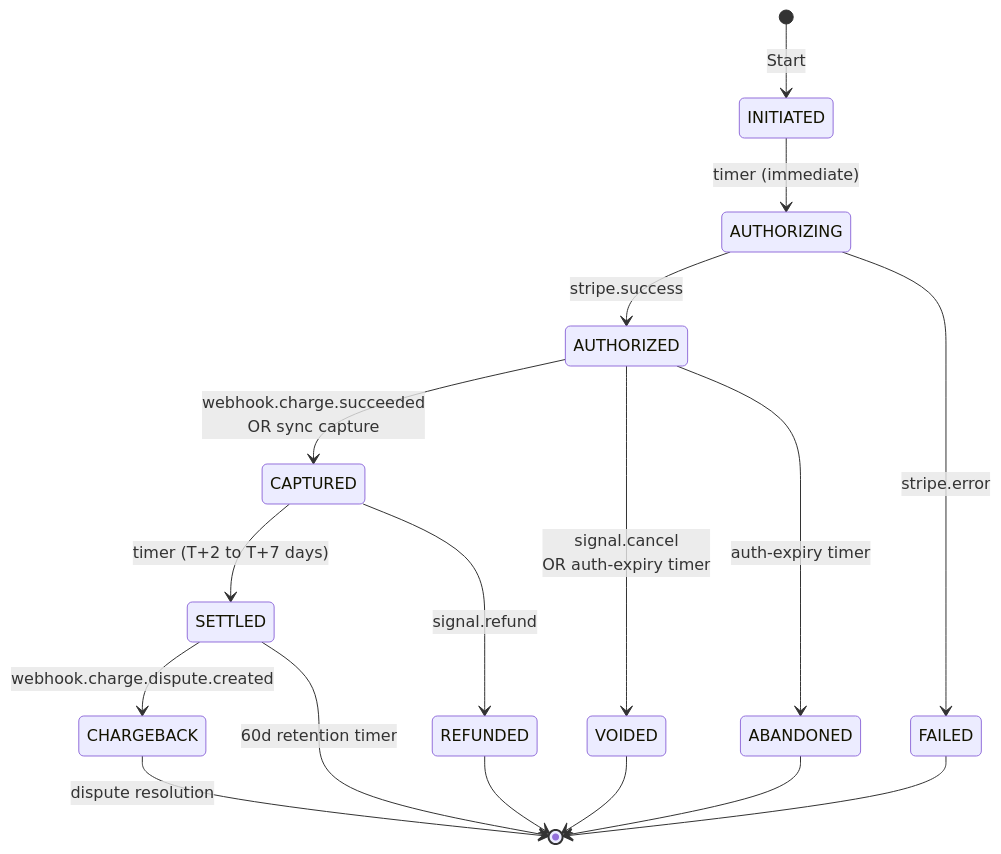
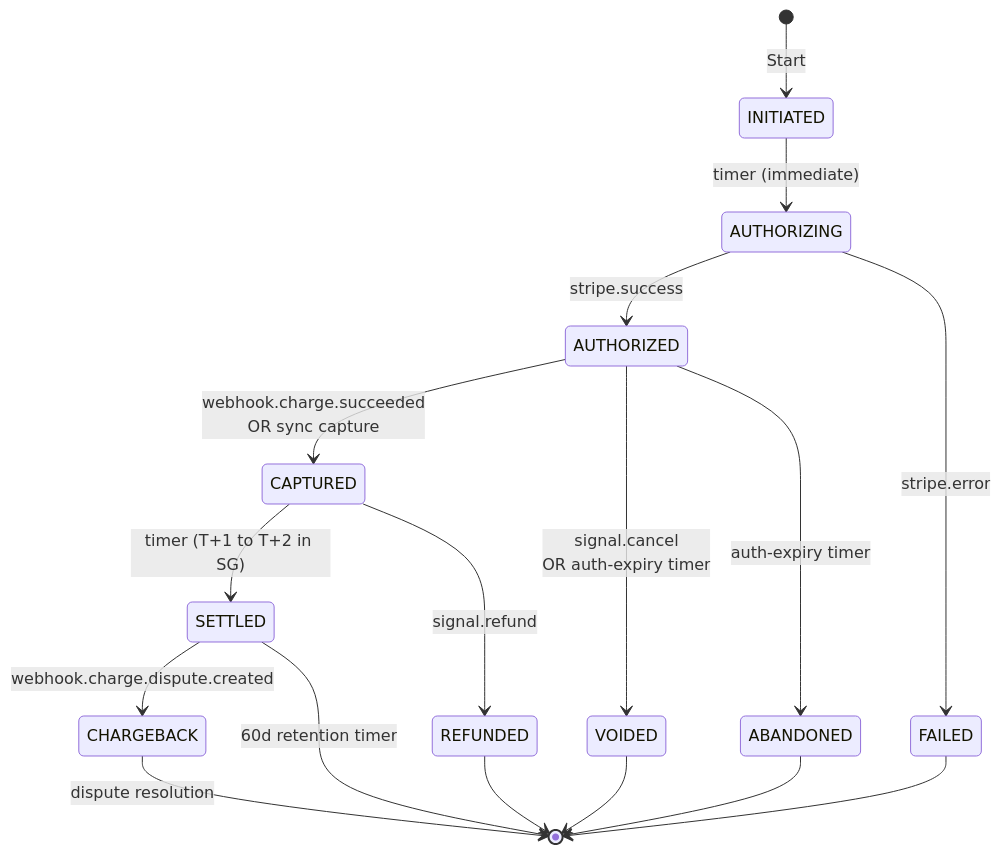
Before and after one commit to phuongdpham/fintech-backend: the first of 3 diagrams in apps/gateway-svc/docs/charter.md, drawn with Mermaid. The commit also changed other lines of this file, not shown here.

````diff
--- a/apps/gateway-svc/docs/charter.md
+++ b/apps/gateway-svc/docs/charter.md
@@ -234,19 +267,19 @@
 ```mermaid
 stateDiagram-v2
     [*] --> INITIATED: Start
     INITIATED --> AUTHORIZING: timer (immediate)
     AUTHORIZING --> AUTHORIZED: stripe.success
     AUTHORIZING --> FAILED: stripe.error
     AUTHORIZED --> CAPTURED: webhook.charge.succeeded<br/>OR sync capture
     AUTHORIZED --> VOIDED: signal.cancel<br/>OR auth-expiry timer
-    CAPTURED --> SETTLED: timer (T+2 to T+7 days)
+    CAPTURED --> SETTLED: timer (T+1 to T+2 in SG)
     CAPTURED --> REFUNDED: signal.refund
     SETTLED --> CHARGEBACK: webhook.charge.dispute.created
     AUTHORIZED --> ABANDONED: auth-expiry timer
     FAILED --> [*]
     VOIDED --> [*]
     SETTLED --> [*]: 60d retention timer
     REFUNDED --> [*]
     CHARGEBACK --> [*]: dispute resolution
     ABANDONED --> [*]
 ```
````
